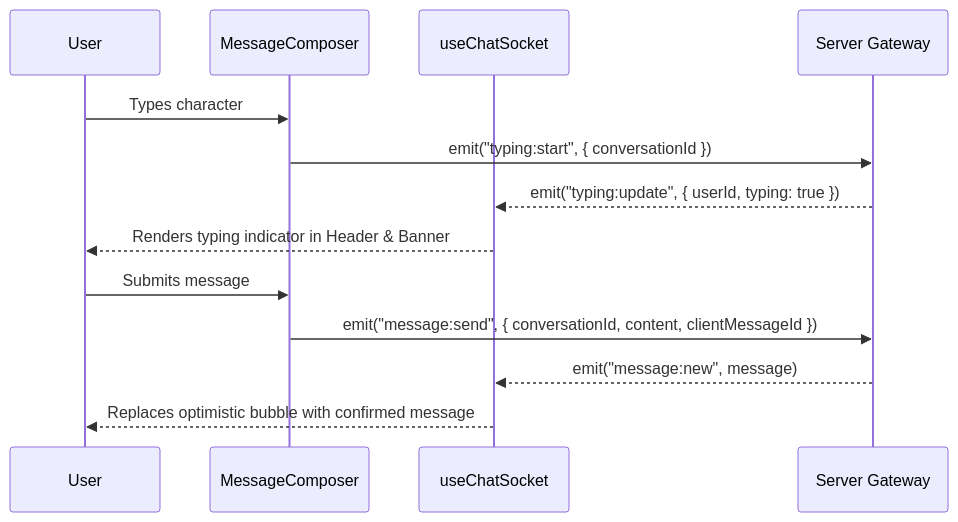
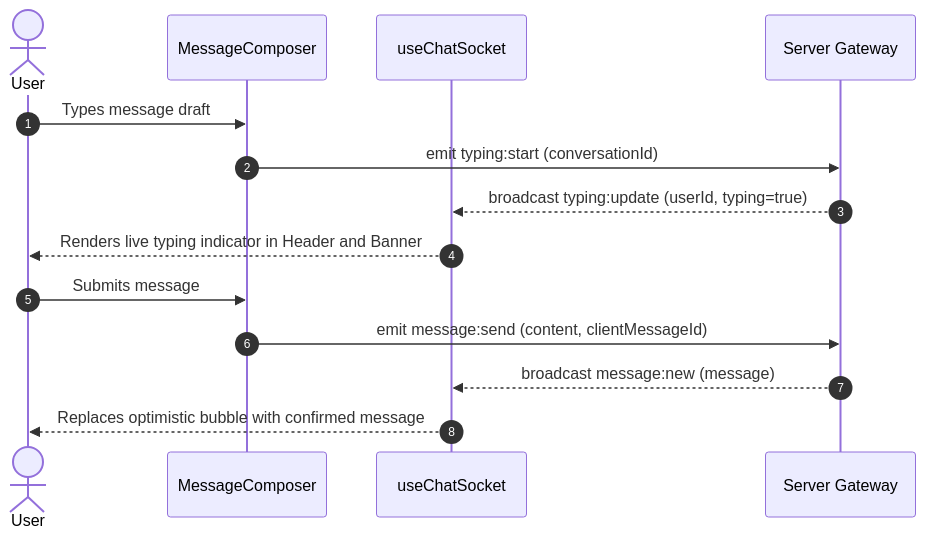
One commit to Shiwang007/GrekMessenger changed the diagram in client/README.md. Above: the diagram before and after it, drawn with Mermaid. The commit also changed 1 other file, not shown here.

Commit message:
fix: resolve GitHub Mermaid diagram rendering syntax errors

````diff
--- a/client/README.md
+++ b/client/README.md
@@ -80,17 +80,18 @@
 ```mermaid
 sequenceDiagram
-    participant User
+    autonumber
+    actor User
     participant Composer as MessageComposer
     participant SocketHook as useChatSocket
     participant Gateway as Server Gateway
 
-    User->>Composer: Types character
-    Composer->>Gateway: emit("typing:start", { conversationId })
-    Gateway-->>SocketHook: emit("typing:update", { userId, typing: true })
-    SocketHook-->>User: Renders typing indicator in Header & Banner
-    
+    User->>Composer: Types message draft
+    Composer->>Gateway: emit typing:start (conversationId)
+    Gateway-->>SocketHook: broadcast typing:update (userId, typing=true)
+    SocketHook-->>User: Renders live typing indicator in Header and Banner
+
     User->>Composer: Submits message
-    Composer->>Gateway: emit("message:send", { conversationId, content, clientMessageId })
-    Gateway-->>SocketHook: emit("message:new", message)
+    Composer->>Gateway: emit message:send (content, clientMessageId)
+    Gateway-->>SocketHook: broadcast message:new (message)
     SocketHook-->>User: Replaces optimistic bubble with confirmed message
 ```
````
